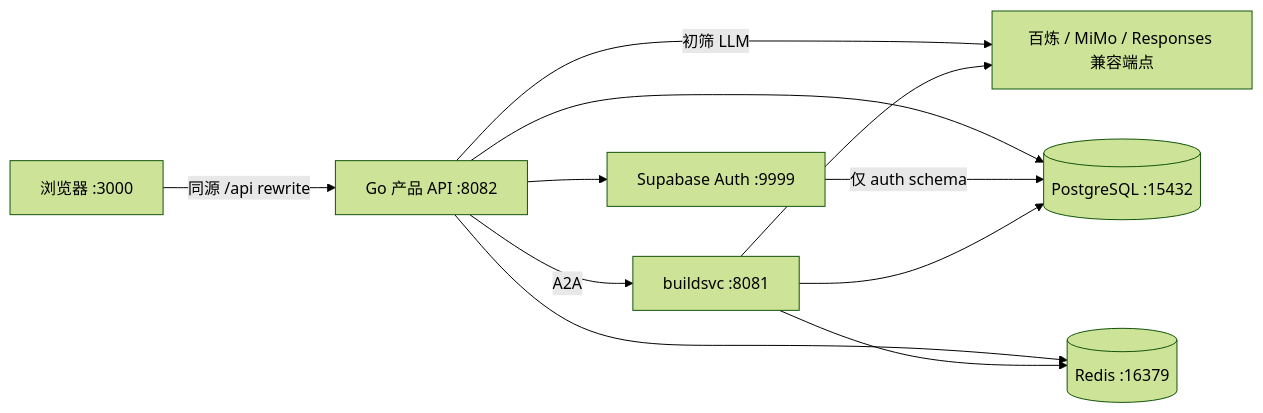
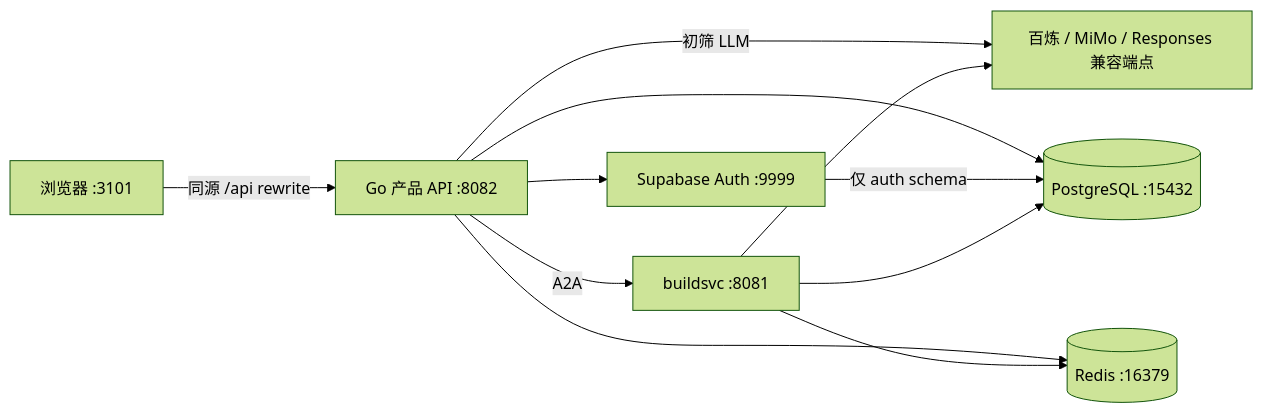
Before and after one commit to subaru-ye/pc-builder-agent: the diagram in docs/ops/本地运行与部署.md, drawn with Mermaid (forest theme). The commit also changed other lines of this file and 34 other files, not shown here.

````diff
--- a/docs/ops/本地运行与部署.md
+++ b/docs/ops/本地运行与部署.md
@@ -17,13 +17,13 @@
 ```mermaid
 flowchart LR
-    Browser[浏览器 :3000] -->|同源 /api rewrite| API[Go 产品 API :8082]
+    Browser[浏览器 :3101] -->|同源 /api rewrite| API[Go 产品 API :8082]
     API -->|初筛 LLM| Provider[百炼 / MiMo / Responses 兼容端点]
     API -->|A2A| BuildSvc[buildsvc :8081]
     BuildSvc --> Provider
     API --> PG[(PostgreSQL :15432)]
     API --> Redis[(Redis :16379)]
     API --> Auth[Supabase Auth :9999]
     Auth -->|仅 auth schema| PG
     BuildSvc --> PG
     BuildSvc --> Redis
 ```
````
